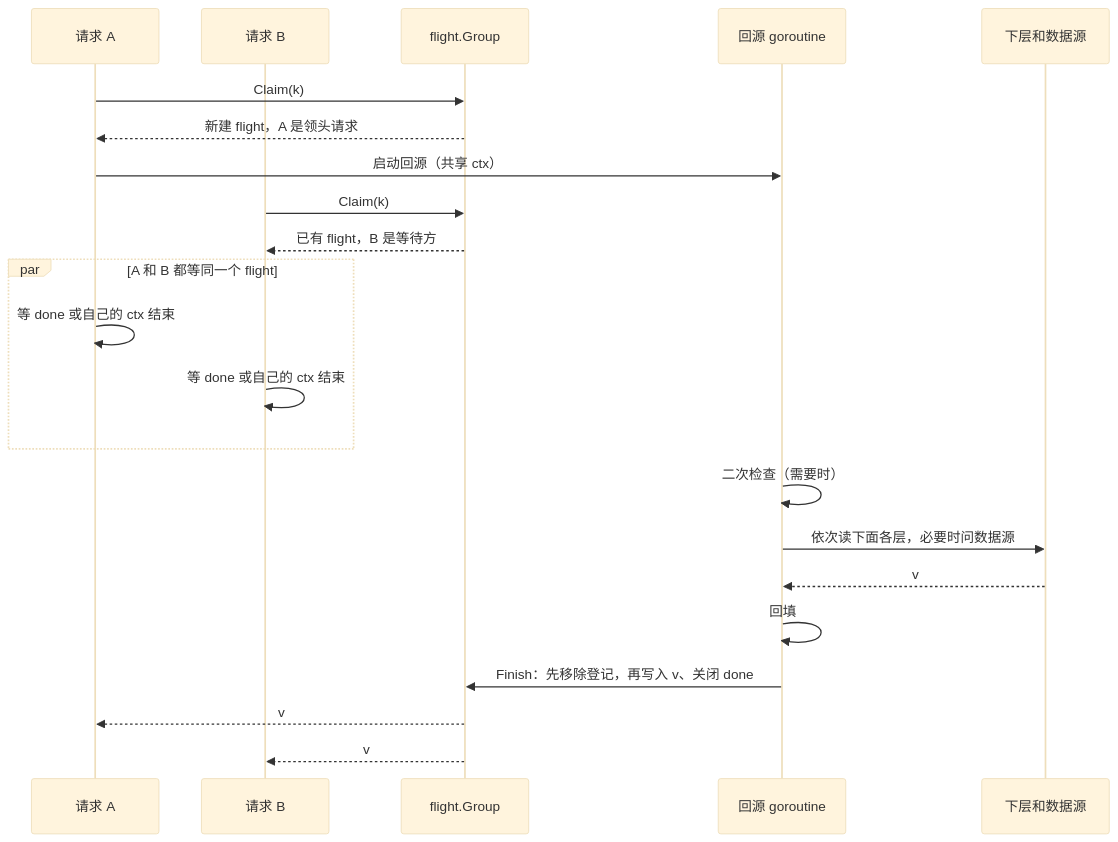
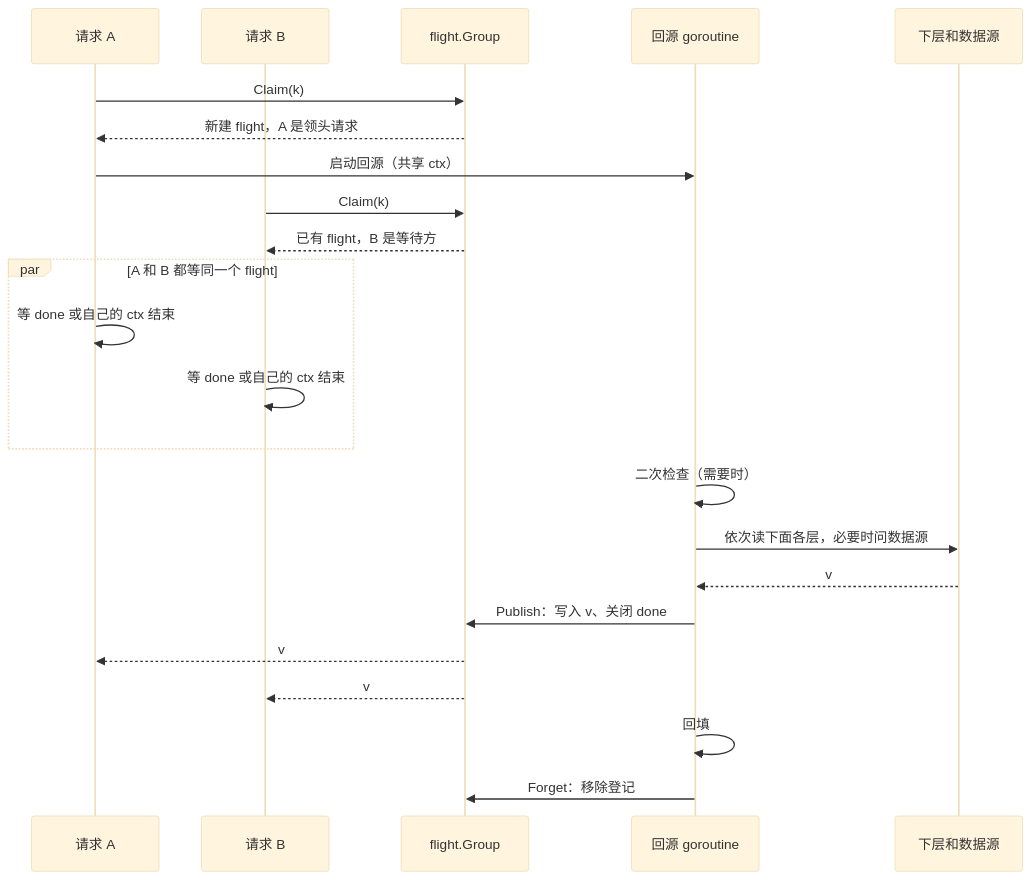
The first of 2 diagrams in docs/design/singleflight.md (theplant/cachex), drawn with Mermaid (base theme) before and after one commit. The commit also changed other lines of this file and 6 other files, not shown here.

````diff
--- a/docs/design/singleflight.md
+++ b/docs/design/singleflight.md
@@ -46,24 +62,25 @@
 ```mermaid
 sequenceDiagram
     participant A as 请求 A
     participant B as 请求 B
     participant G as flight.Group
     participant F as 回源 goroutine
     participant S as 下层和数据源
     A->>G: Claim(k)
     G-->>A: 新建 flight，A 是领头请求
     A->>F: 启动回源（共享 ctx）
     B->>G: Claim(k)
     G-->>B: 已有 flight，B 是等待方
     par A 和 B 都等同一个 flight
         A->>A: 等 done 或自己的 ctx 结束
         B->>B: 等 done 或自己的 ctx 结束
     end
     F->>F: 二次检查（需要时）
     F->>S: 依次读下面各层，必要时问数据源
     S-->>F: v
-    F->>F: 回填
-    F->>G: Finish：先移除登记，再写入 v、关闭 done
+    F->>G: Publish：写入 v、关闭 done
     G-->>A: v
     G-->>B: v
+    F->>F: 回填
+    F->>G: Forget：移除登记
 ```
````
